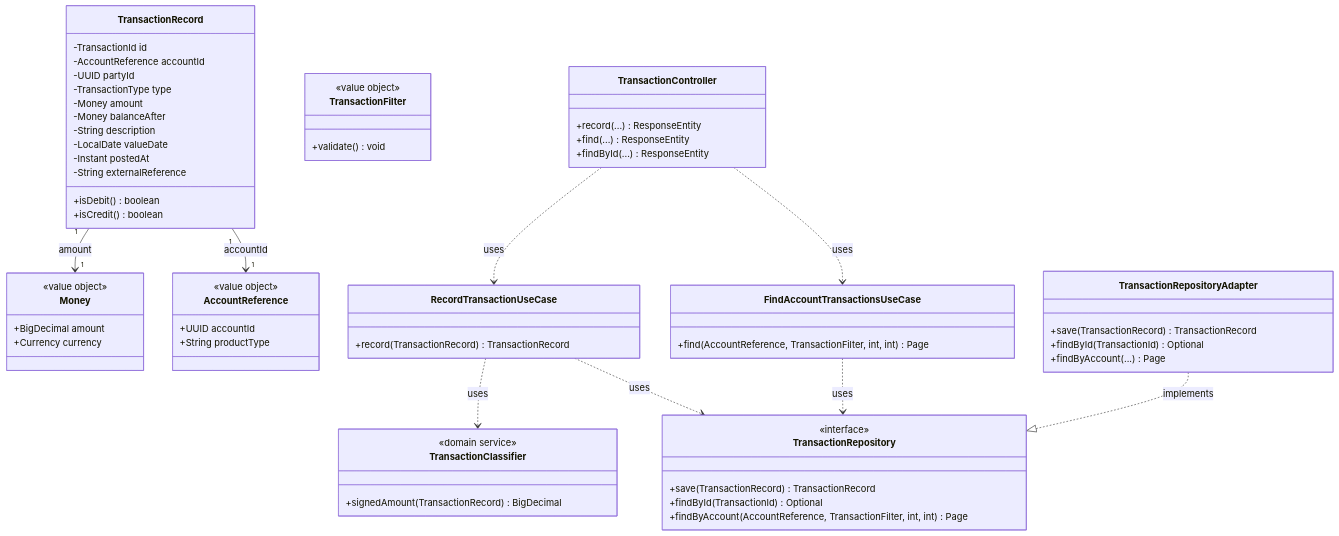
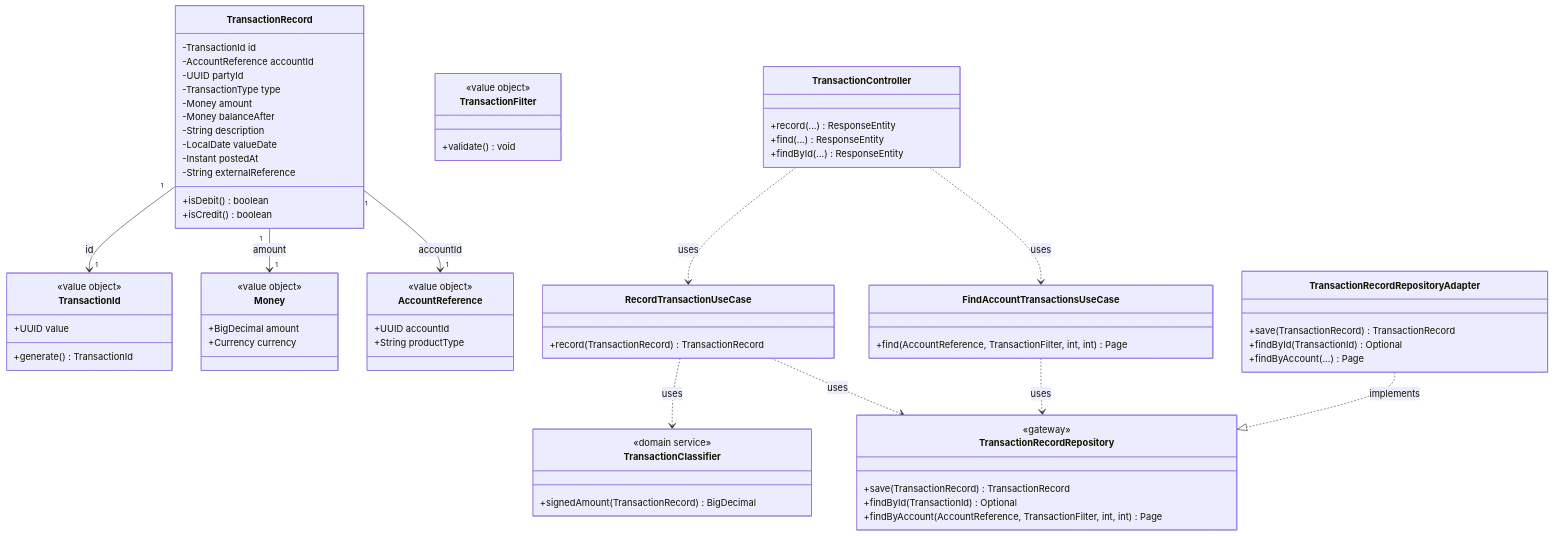
Before and after one commit to davidmillan5/transaction-log-service: the second of 3 diagrams in README.md, drawn with Mermaid. The commit also changed other lines of this file, not shown here.

````diff
--- a/README.md
+++ b/README.md
@@ -340,65 +386,71 @@
 ```mermaid
 classDiagram
+    class TransactionId {
+      <<value object>>
+      +UUID value
+      +generate() TransactionId
+    }
     class TransactionRecord {
       -TransactionId id
       -AccountReference accountId
       -UUID partyId
       -TransactionType type
       -Money amount
       -Money balanceAfter
       -String description
       -LocalDate valueDate
       -Instant postedAt
       -String externalReference
       +isDebit() boolean
       +isCredit() boolean
     }
     class Money {
       <<value object>>
       +BigDecimal amount
       +Currency currency
     }
     class AccountReference {
       <<value object>>
       +UUID accountId
       +String productType
     }
     class TransactionFilter {
       <<value object>>
       +validate() void
     }
     class TransactionClassifier {
       <<domain service>>
       +signedAmount(TransactionRecord) BigDecimal
     }
-    class TransactionRepository {
-      <<interface>>
+    class TransactionRecordRepository {
+      <<gateway>>
       +save(TransactionRecord) TransactionRecord
       +findById(TransactionId) Optional
       +findByAccount(AccountReference, TransactionFilter, int, int) Page
     }
     class RecordTransactionUseCase {
       +record(TransactionRecord) TransactionRecord
     }
     class FindAccountTransactionsUseCase {
       +find(AccountReference, TransactionFilter, int, int) Page
     }
     class TransactionController {
       +record(...) ResponseEntity
       +find(...) ResponseEntity
       +findById(...) ResponseEntity
     }
-    class TransactionRepositoryAdapter {
+    class TransactionRecordRepositoryAdapter {
       +save(TransactionRecord) TransactionRecord
       +findById(TransactionId) Optional
       +findByAccount(...) Page
     }
+    TransactionRecord "1" --> "1" TransactionId : id
     TransactionRecord "1" --> "1" Money : amount
     TransactionRecord "1" --> "1" AccountReference : accountId
     TransactionController ..> RecordTransactionUseCase : uses
     TransactionController ..> FindAccountTransactionsUseCase : uses
-    RecordTransactionUseCase ..> TransactionRepository : uses
-    FindAccountTransactionsUseCase ..> TransactionRepository : uses
+    RecordTransactionUseCase ..> TransactionRecordRepository : uses
+    FindAccountTransactionsUseCase ..> TransactionRecordRepository : uses
     RecordTransactionUseCase ..> TransactionClassifier : uses
-    TransactionRepositoryAdapter ..|> TransactionRepository : implements
+    TransactionRecordRepositoryAdapter ..|> TransactionRecordRepository : implements
 ```
````
